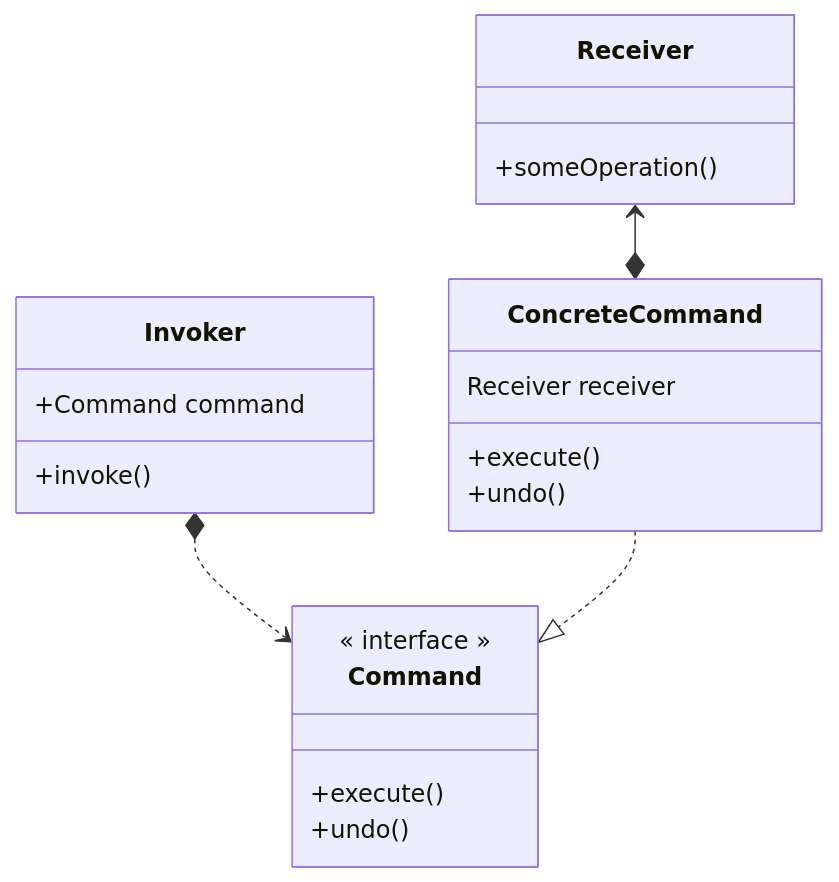
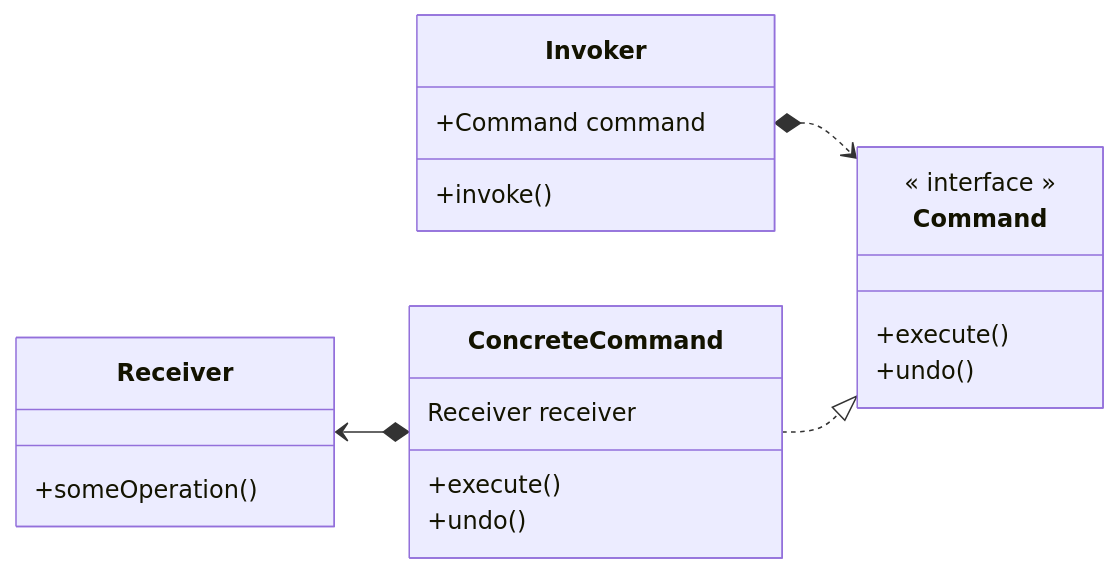
The diagram in content/zh/docs/design_pattern/behaviour/20240329_command.md (wangy325/endlessriver), drawn with Mermaid before and after one commit. The commit also changed other lines of this file and 17 other files, not shown here.

```diff
--- a/content/zh/docs/design_pattern/behaviour/20240329_command.md
+++ b/content/zh/docs/design_pattern/behaviour/20240329_command.md
@@ -26,23 +21,24 @@
 {{< mermaid  >}}
 classDiagram
+direction LR
 class Invoker {
     +Command command
     +invoke()
 }
 Invoker *..> Command
 class Command {
     << interface >>
     +execute()
     +undo()
 }
 ConcreteCommand ..|> Command
 class ConcreteCommand {
     Receiver receiver
     +execute()
     +undo()
 }
 Receiver <--* ConcreteCommand
 class Receiver {
     +someOperation()
 }
 {{< /mermaid >}}
```
